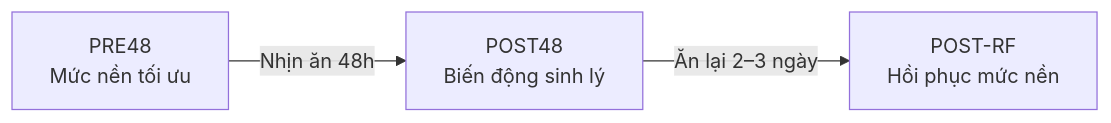
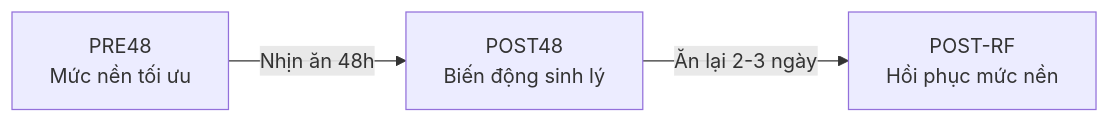
Before and after one commit to justinkaxau/mercury: the second of 2 diagrams in content/Nghiên cứu DELTA/Nghiên cứu DELTA - Bài 2. Bức tranh động học biomarker và năng lực phục hồi sinh học.md, drawn with Mermaid. The commit also changed other lines of this file and 2 other files, not shown here.

````diff
--- a/content/Nghiên cứu DELTA/Nghiên cứu DELTA - Bài 2. Bức tranh động học biomarker và năng lực phục hồi sinh học.md
+++ b/content/Nghiên cứu DELTA/Nghiên cứu DELTA - Bài 2. Bức tranh động học biomarker và năng lực phục hồi sinh học.md
@@ -50,5 +50,5 @@
 ```mermaid
 flowchart LR
     A["PRE48<br/>Mức nền tối ưu"] -->|"Nhịn ăn 48h"| B["POST48<br/>Biến động sinh lý"]
-    B -->|"Ăn lại 2–3 ngày"| C["POST-RF<br/>Hồi phục mức nền"]
+    B -->|"Ăn lại 2-3 ngày"| C["POST-RF<br/>Hồi phục mức nền"]
 ```
````
